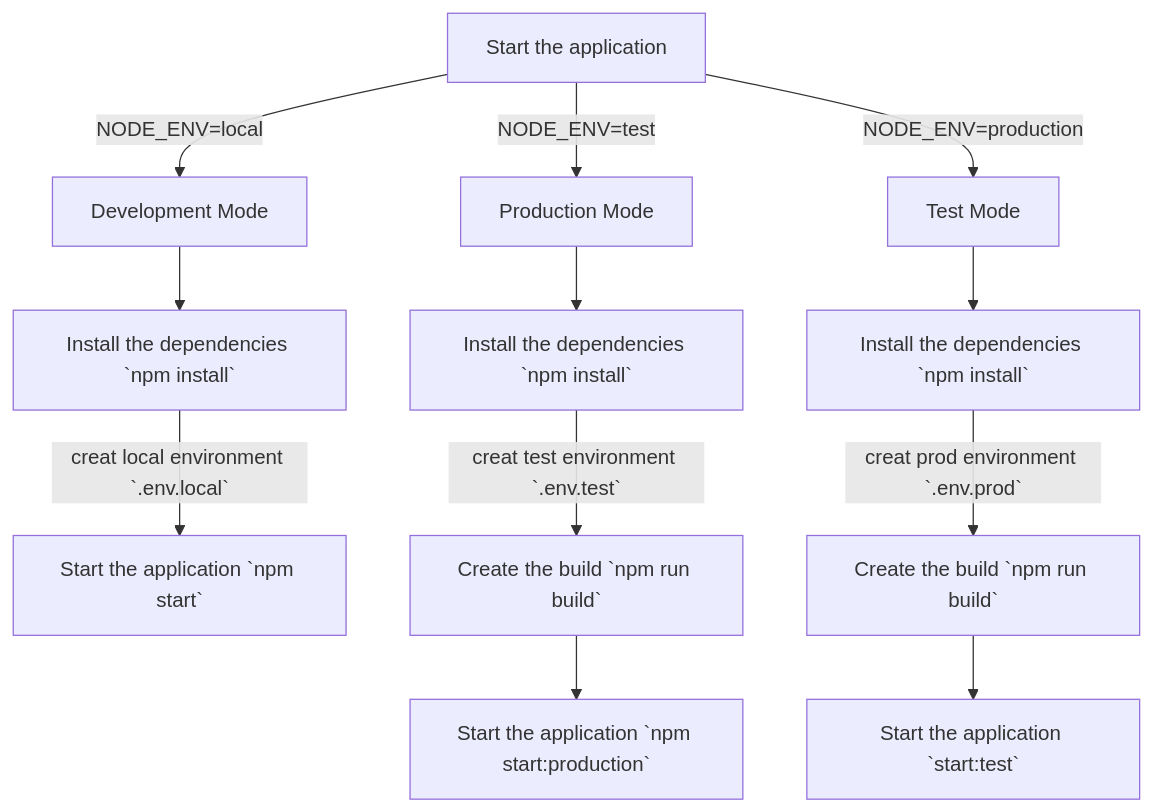
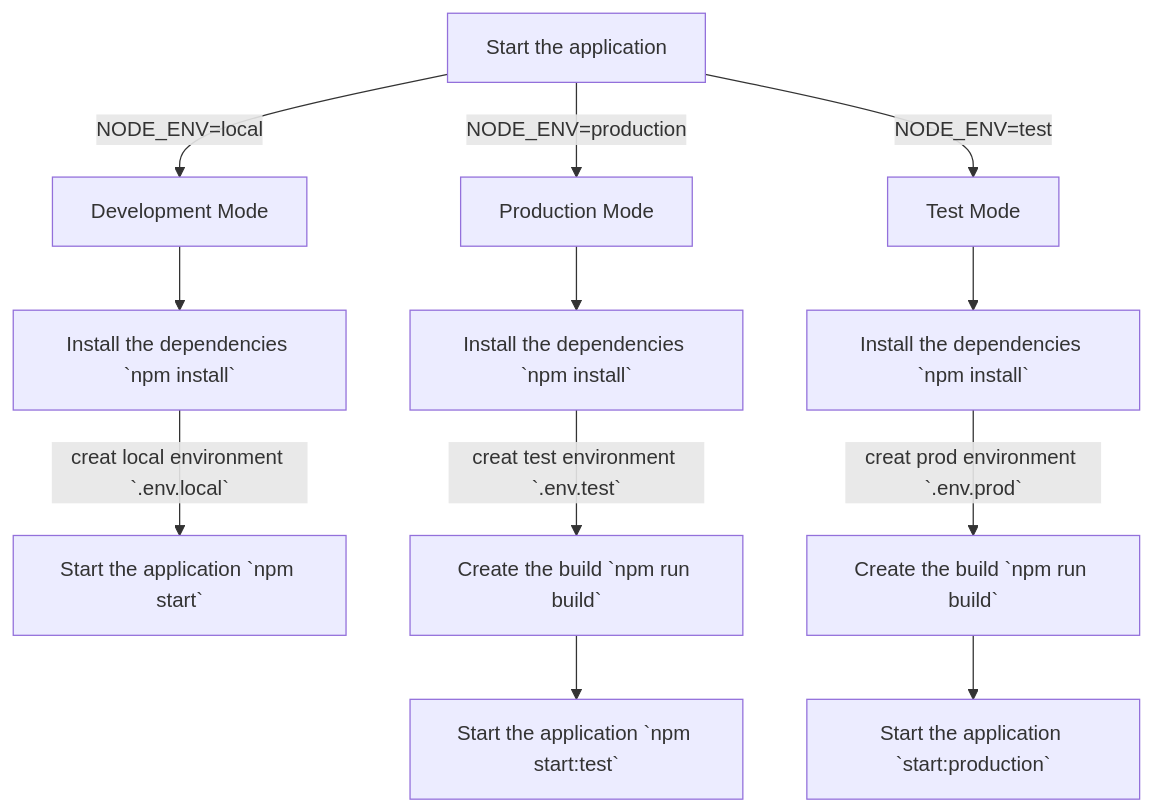
Before and after one commit to santoshshinde2012/node-boilerplate: the diagram in README.md, drawn with Mermaid.

Commit message:
added mermaid

````diff
--- a/README.md
+++ b/README.md
@@ -43,18 +43,18 @@
 ```mermaid
   flowchart TD;
       A[Start the application]--NODE_ENV=local-->B[Development Mode];
-      A--NODE_ENV=test-->C[Production Mode];
-      A--NODE_ENV=production-->D[Test Mode];
+      A--NODE_ENV=production-->C[Production Mode];
+      A--NODE_ENV=test-->D[Test Mode];
 
       B-->E[Install the dependencies `npm install`];
       C-->F[Install the dependencies `npm install`];
       D-->G[Install the dependencies `npm install`];
 
       E--creat local environment `.env.local`-->H[Start the application `npm start`];
       F--creat test environment `.env.test`-->I[Create the build `npm run build`];
       G--creat prod environment `.env.prod`-->J[Create the build `npm run build`];
 
-      I-->K[Start the application `npm start:production`];
-      J-->L[Start the application `start:test`];
+      I-->K[Start the application `npm start:test`];
+      J-->L[Start the application `start:production`];
 
 ```
````
